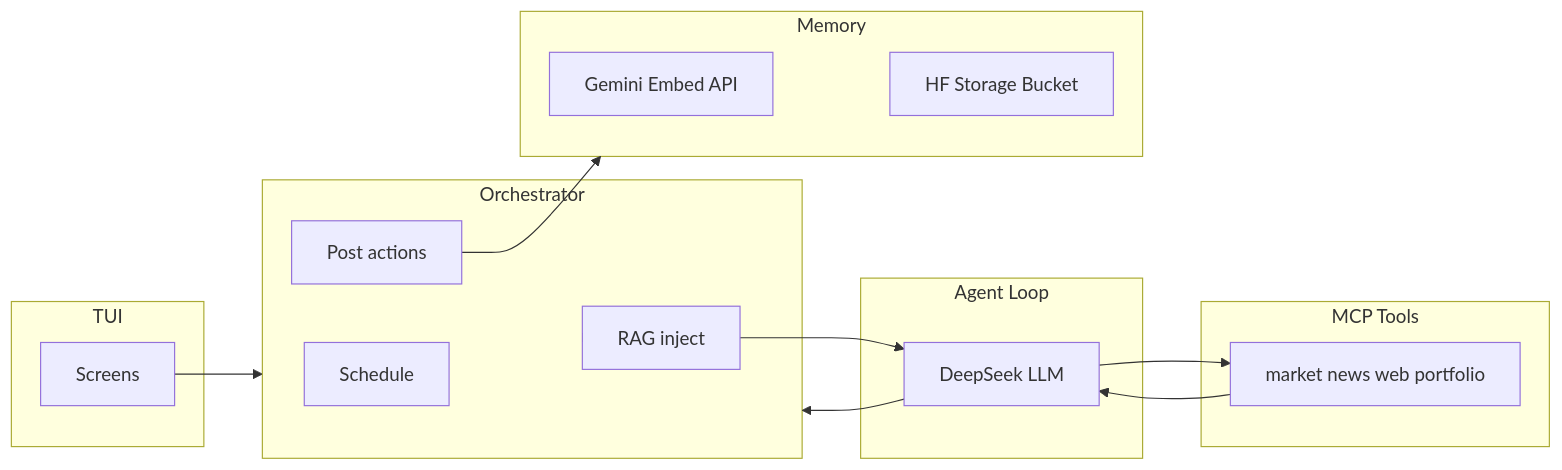
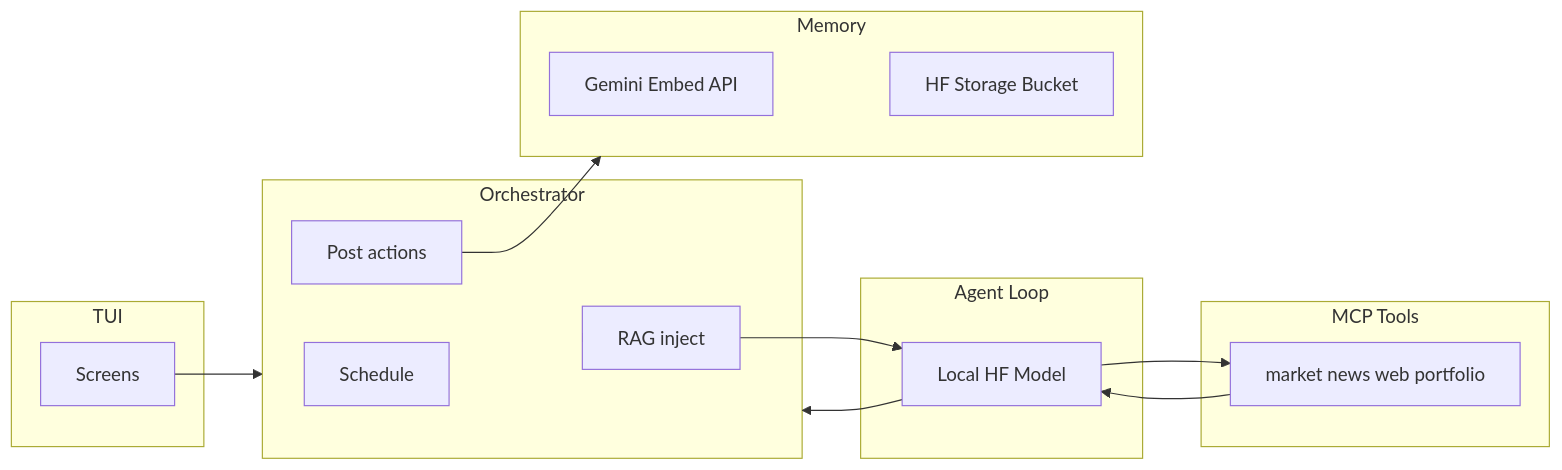
One commit to dixonSolutions/BotyTrader changed the diagram in docs/architecture.md. Above: the diagram before and after it, drawn with Mermaid. The commit also changed other lines of this file and 72 other files, not shown here.

````diff
--- a/docs/architecture.md
+++ b/docs/architecture.md
@@ -74,29 +74,29 @@
 ```mermaid
 flowchart LR
   subgraph tui [TUI]
     screens[Screens]
   end
   subgraph orch [Orchestrator]
     schedule[Schedule]
     rag[RAG inject]
     post[Post actions]
   end
   subgraph agent [Agent Loop]
-    llm[DeepSeek LLM]
+    llm[Local HF Model]
   end
   subgraph mcp [MCP Tools]
     tools[market news web portfolio]
   end
   subgraph mem [Memory]
     geminiEmbed[Gemini Embed API]
     hfBucket[HF Storage Bucket]
   end
   screens --> orch
   orch --> rag
   rag --> llm
   llm --> tools
   tools --> llm
   llm --> orch
   post --> mem
   mem --> hfBucket
 ```
````
